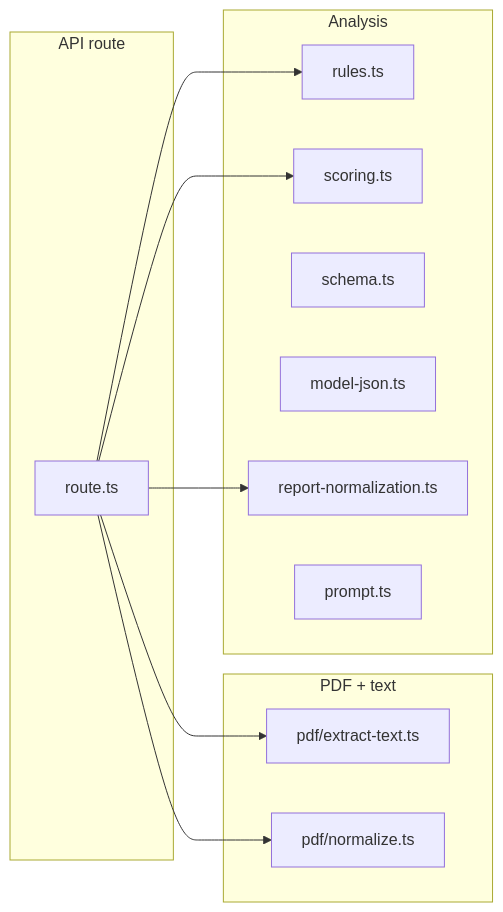
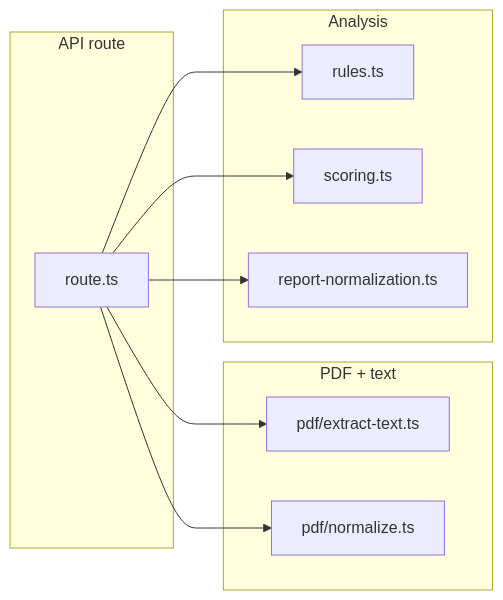
The second of 2 diagrams in README.md (ChimdumebiNebolisa/BeforeYouSign), drawn with Mermaid before and after one commit. The commit also changed other lines of this file and 29 other files, not shown here.

````diff
--- a/README.md
+++ b/README.md
@@ -156,26 +160,23 @@
 ```mermaid
 flowchart LR
   subgraph api["API route"]
     RT["route.ts"]
   end
 
   subgraph pdf["PDF + text"]
     EXT["pdf/extract-text.ts"]
     NOR["pdf/normalize.ts"]
   end
 
   subgraph analysis["Analysis"]
     RL["rules.ts"]
     SC["scoring.ts"]
-    SCH["schema.ts"]
-    MR["model-json.ts"]
     REP["report-normalization.ts"]
-    PR["prompt.ts"]
   end
 
   RT --> EXT
   RT --> NOR
   RT --> RL
   RT --> SC
   RT --> REP
 ```
````
